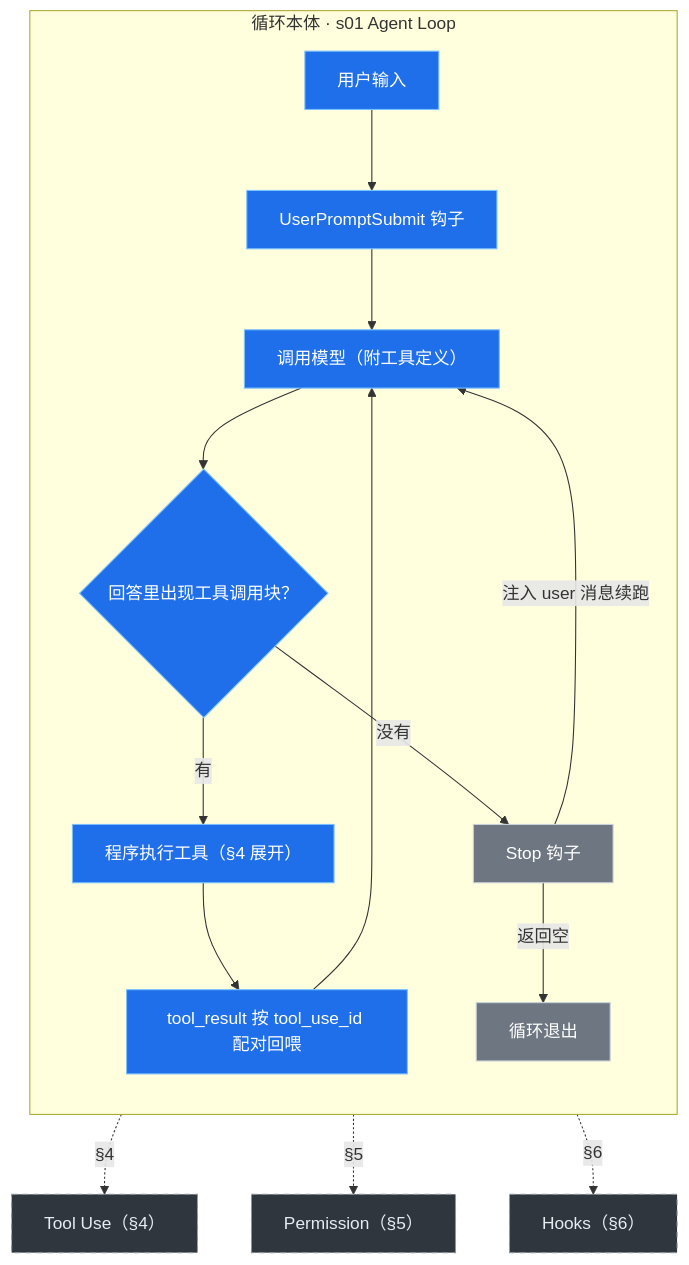
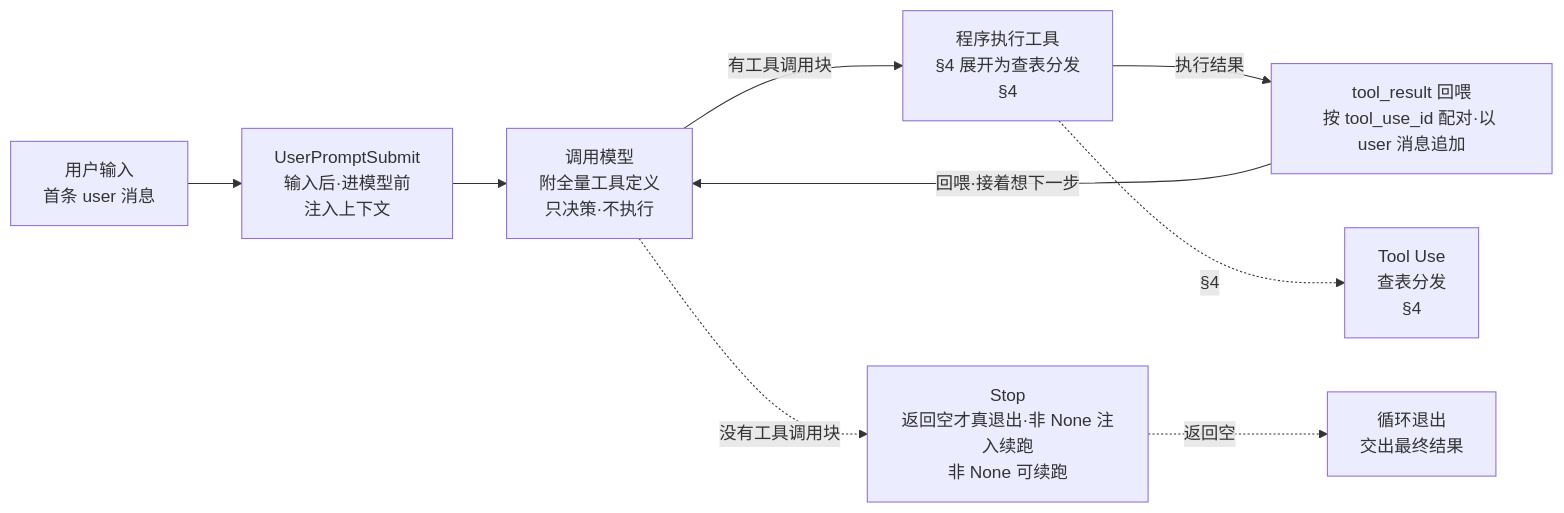
The diagram in docs/assets/mermaid/agent-harness/lcc-tooling--loop-full.mmd (ThreeFish-AI/negentropy), drawn with Mermaid before and after one commit. The commit also changed 46 other files, not shown here.

First line of the commit message:
docs(lcc-tooling): 171 五图视觉优化——统一顺时针回环网格（architecture 型）;

```diff
--- a/docs/assets/mermaid/agent-harness/lcc-tooling--loop-full.mmd
+++ b/docs/assets/mermaid/agent-harness/lcc-tooling--loop-full.mmd
@@ -1,32 +1,14 @@
 %% source: docs/research/agent-harness/171-claude-code-tooling-execution.md（§3 Agent Loop · 渐进图 L1）
 %% slug: lcc-tooling--loop-full
 %% type: architecture
-%% derived: 渐进披露系列（2026-10-10）：循环本体完整化——两信号判据、Stop 续跑、tool_result 回喂闭环
-flowchart TD
-    subgraph LOOP["循环本体 · s01 Agent Loop"]
-        direction TB
-        P["用户输入"] --> UPS["UserPromptSubmit 钩子"]
-        UPS --> LLM["调用模型（附工具定义）"]
-        LLM --> CRIT{"回答里出现工具调用块？"}
-        CRIT -- "有" --> EXEC["程序执行工具（§4 展开）"]
-        EXEC --> TR["tool_result 按 tool_use_id 配对回喂"]
-        TR --> LLM
-        CRIT -- "没有" --> STOP["Stop 钩子"]
-        STOP -- "注入 user 消息续跑" --> LLM
-        STOP -- "返回空" --> DONE["循环退出"]
-    end
-
-    TOOLS["Tool Use（§4）"]
-    PERM["Permission（§5）"]
-    HOOKS["Hooks（§6）"]
-
-    EXEC -. "§4" .-> TOOLS
-    EXEC -. "§5" .-> PERM
-    LOOP -. "§6" .-> HOOKS
-
-    classDef loopnode fill:#1f6feb,stroke:#79c0ff,color:#ffffff
-    classDef endnode fill:#6e7681,stroke:#c9d1d9,color:#ffffff
-    classDef placeholder fill:#30363d,stroke:#8b949e,color:#e6edf3,stroke-dasharray: 5 5
-    class P,UPS,LLM,CRIT,EXEC,TR loopnode
-    class STOP,DONE endnode
-    class TOOLS,PERM,HOOKS placeholder
+%% derived: 渐进披露系列（2026-10-10）：循环本体完整化——两信号判据、Stop 续跑、tool_result 回喂闭环；2026-10-12 视觉优化轮——五图统一顺时针回环网格，节点/边/文案与前版逐字一致
+%% grid: think=(r0,c2) act=(r1,c3) tools=(r1,c5) feed=(r2,c2)；槽位跨级不变（tools 与终态查表执行同格），详见 docs/diagrams/lcc-tooling--loop-full/lcc-tooling--loop-full.json
+flowchart LR
+    ASK["用户输入<br/>首条 user 消息"] --> UPS["UserPromptSubmit<br/>输入后·进模型前<br/>注入上下文"]
+    UPS --> THINK["调用模型<br/>附全量工具定义<br/>只决策·不执行"]
+    THINK -- "有工具调用块" --> ACT["程序执行工具<br/>§4 展开为查表分发<br/>§4"]
+    ACT -- "执行结果" --> FEED["tool_result 回喂<br/>按 tool_use_id 配对·以 user 消息追加"]
+    FEED -- "回喂·接着想下一步" --> THINK
+    THINK -. "没有工具调用块" .-> STOP["Stop<br/>返回空才真退出·非 None 注入续跑<br/>非 None 可续跑"]
+    STOP -. "返回空" .-> DONE["循环退出<br/>交出最终结果"]
+    ACT -. "§4" .-> TOOLS["Tool Use<br/>查表分发<br/>§4"]
```
